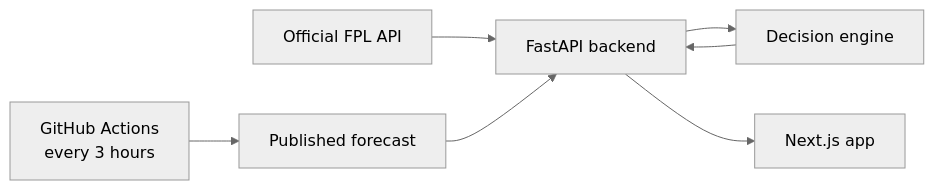
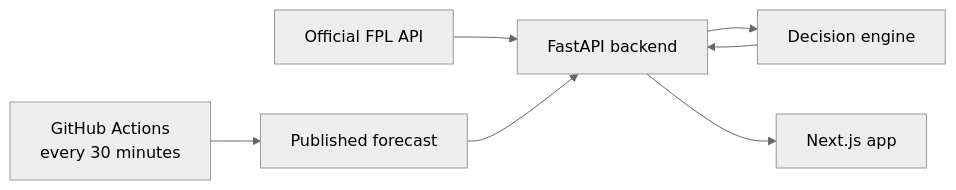
Before and after one commit to GAWI01/fantasy-football-ai: the diagram in README.md, drawn with Mermaid (neutral theme). The commit also changed other lines of this file and 27 other files, not shown here.

````diff
--- a/README.md
+++ b/README.md
@@ -55,9 +60,9 @@
 ```mermaid
 flowchart LR
     FPL[Official FPL API] --> API[FastAPI backend]
     CSV[Published forecast] --> API
     API --> ENG[Decision engine]
     ENG --> API
     API --> WEB[Next.js app]
-    GHA[GitHub Actions<br/>every 3 hours] --> CSV
+    GHA[GitHub Actions<br/>every 30 minutes] --> CSV
 ```
````
